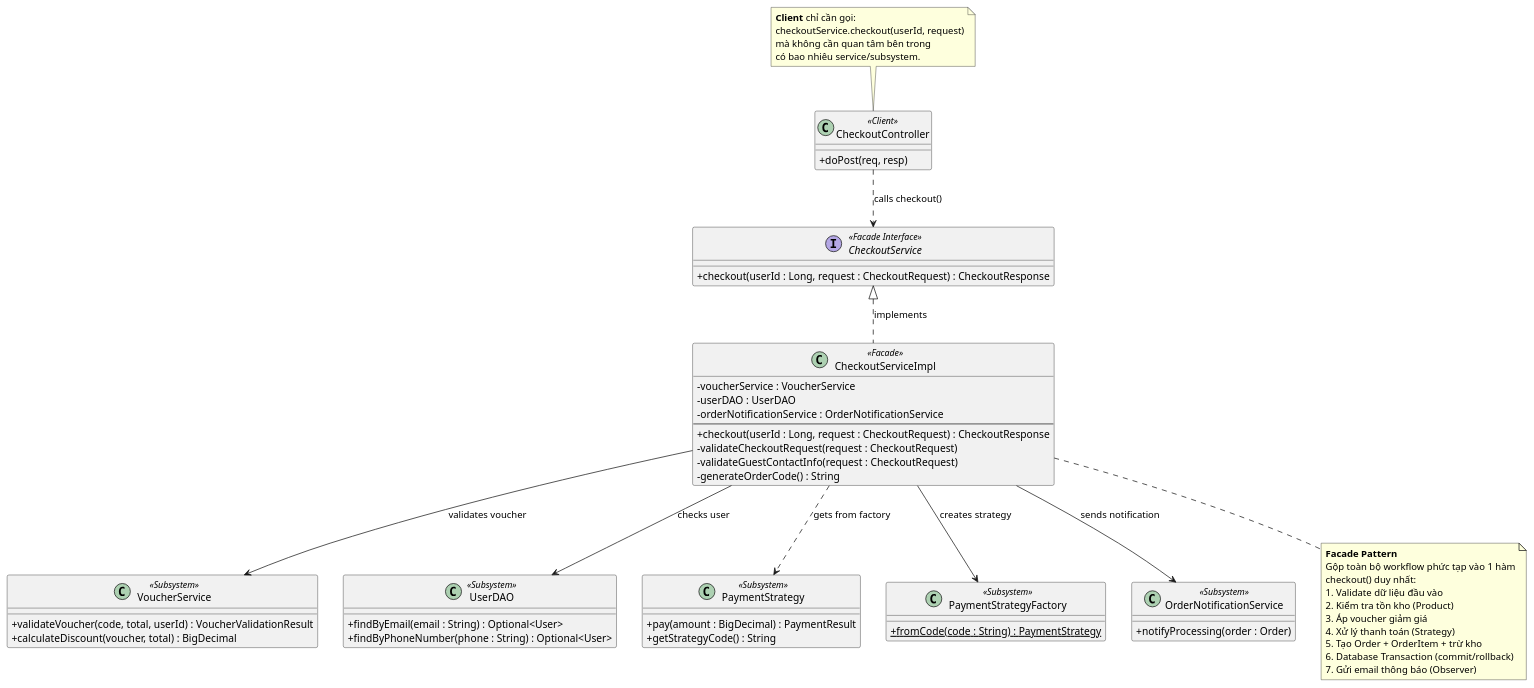
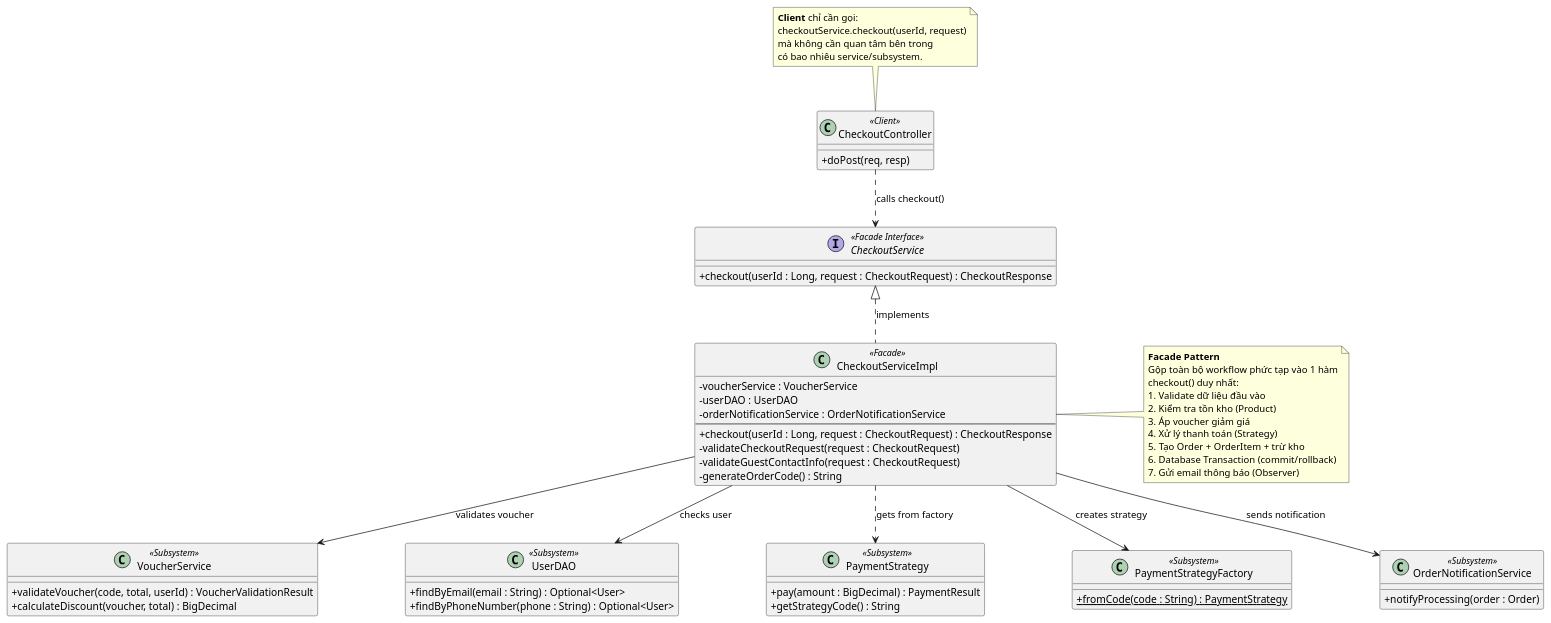
Before and after one commit to trihieuvo/justFUML: the diagram in src/Hieu_Pattern_Puml/facade_checkout.puml, drawn with PlantUML. The commit also changed 8 other files, not shown here.

First line of the commit message:
Add slide design guide and tidy PlantUML diagrams

```diff
--- a/src/Hieu_Pattern_Puml/facade_checkout.puml
+++ b/src/Hieu_Pattern_Puml/facade_checkout.puml
@@ -1,79 +1,82 @@
 @startuml
 skinparam ClassAttributeIconSize 0
+top to bottom direction
+skinparam ranksep 0
+skinparam nodesep 120
 
 ' --- Facade ---
 interface CheckoutService <<Facade Interface>> {
     + checkout(userId : Long, request : CheckoutRequest) : CheckoutResponse
 }
 
 class CheckoutServiceImpl <<Facade>> {
     - voucherService : VoucherService
     - userDAO : UserDAO
     - orderNotificationService : OrderNotificationService
     --
     + checkout(userId : Long, request : CheckoutRequest) : CheckoutResponse
     - validateCheckoutRequest(request : CheckoutRequest)
     - validateGuestContactInfo(request : CheckoutRequest)
     - generateOrderCode() : String
 }
 
 ' --- Subsystem Classes ---
 class VoucherService <<Subsystem>> {
     + validateVoucher(code, total, userId) : VoucherValidationResult
     + calculateDiscount(voucher, total) : BigDecimal
 }
 
 class UserDAO <<Subsystem>> {
   + findByEmail(email : String) : Optional<User>
   + findByPhoneNumber(phone : String) : Optional<User>
 }
 
 class PaymentStrategy <<Subsystem>> {
   + pay(amount : BigDecimal) : PaymentResult
   + getStrategyCode() : String
 }
 
 class PaymentStrategyFactory <<Subsystem>> {
   + {static} fromCode(code : String) : PaymentStrategy
 }
 
 class OrderNotificationService <<Subsystem>> {
     + notifyProcessing(order : Order)
 }
 
 ' --- Client ---
 class CheckoutController <<Client>> {
     + doPost(req, resp)
 }
 
 ' --- Relationships ---
 CheckoutService <|.. CheckoutServiceImpl : "implements"
 CheckoutServiceImpl --> VoucherService : "validates voucher"
 CheckoutServiceImpl --> UserDAO : "checks user"
 CheckoutServiceImpl --> PaymentStrategyFactory : "creates strategy"
 CheckoutServiceImpl --> OrderNotificationService : "sends notification"
 CheckoutServiceImpl ..> PaymentStrategy : "gets from factory"
 CheckoutController ..> CheckoutService : "calls checkout()"
 
 ' --- Notes ---
-note bottom of CheckoutServiceImpl
+note right of CheckoutServiceImpl
   **Facade Pattern**
   Gộp toàn bộ workflow phức tạp vào 1 hàm
   checkout() duy nhất:
   1. Validate dữ liệu đầu vào
   2. Kiểm tra tồn kho (Product)
   3. Áp voucher giảm giá
   4. Xử lý thanh toán (Strategy)
   5. Tạo Order + OrderItem + trừ kho
   6. Database Transaction (commit/rollback)
   7. Gửi email thông báo (Observer)
 end note
 
 note top of CheckoutController
   **Client** chỉ cần gọi: 
   checkoutService.checkout(userId, request)
   mà không cần quan tâm bên trong 
   có bao nhiêu service/subsystem.
 end note
 
 @enduml
```
